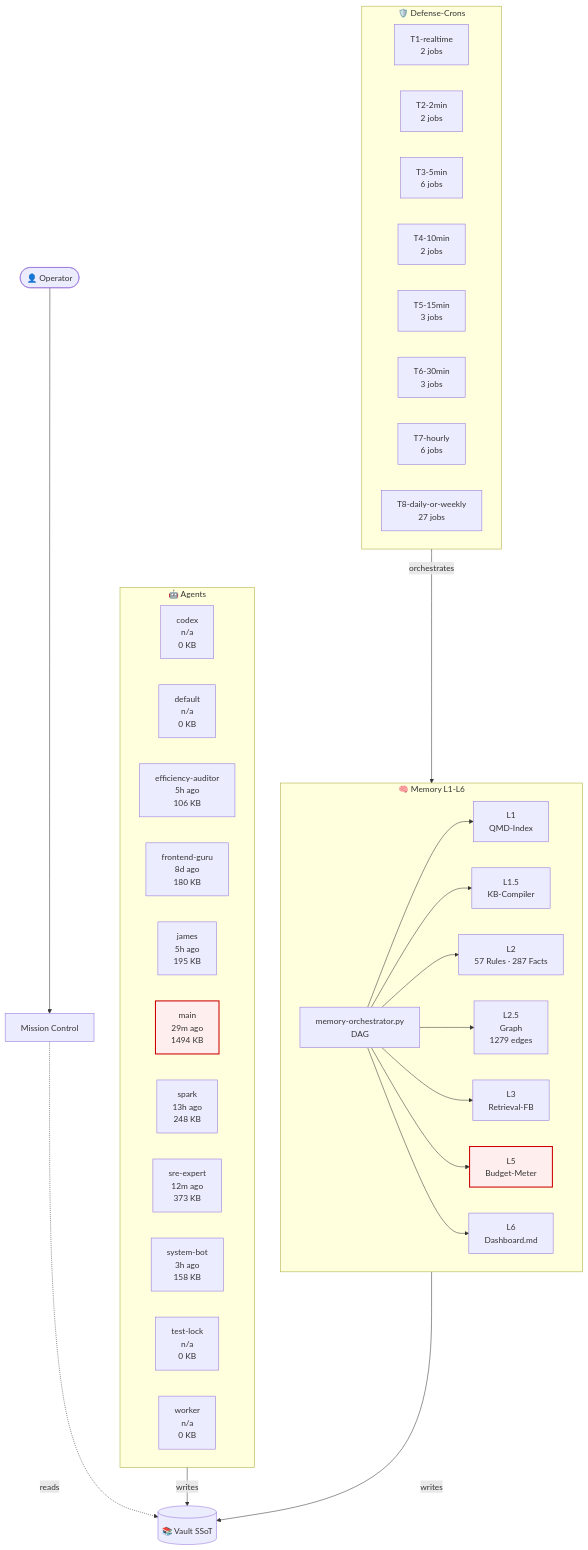
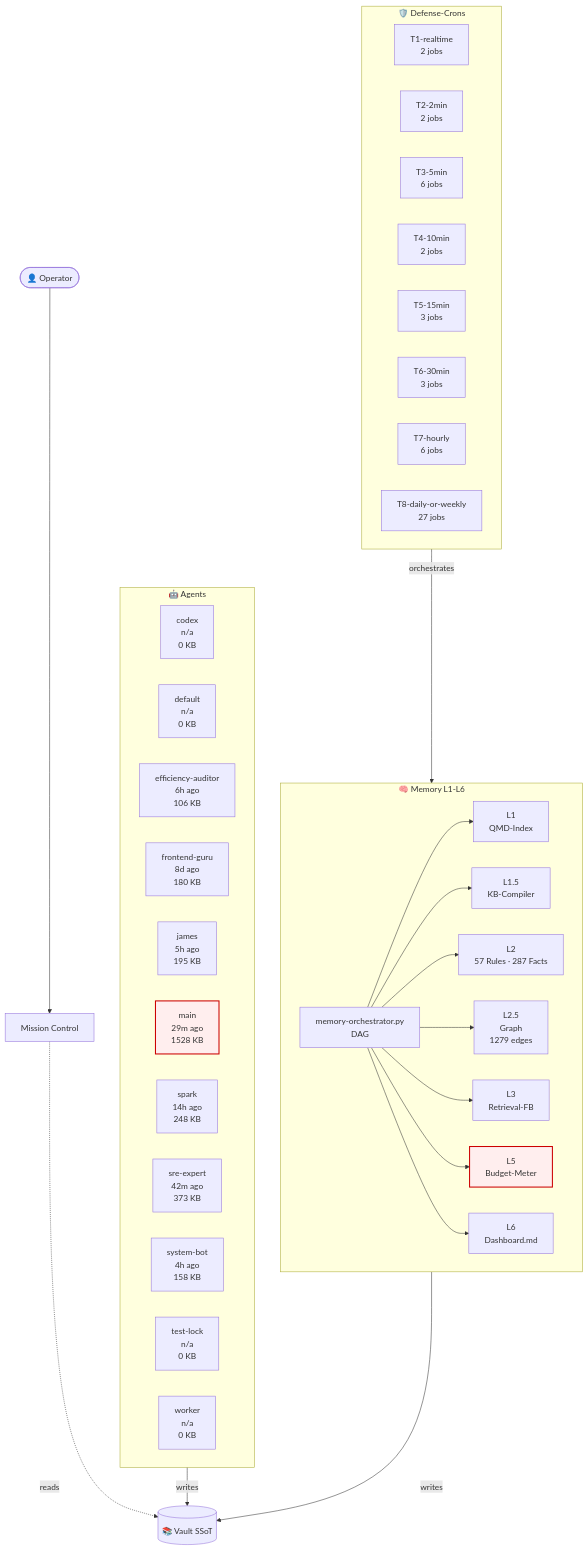
One commit to lenardhuebner88-rgb/openclaw-memory changed the diagram in 03-Agents/architecture-live.md. Above: the diagram before and after it, drawn with Mermaid. The commit also changed other lines of this file and 13 other files, not shown here.

````diff
--- a/03-Agents/architecture-live.md
+++ b/03-Agents/architecture-live.md
@@ -18,54 +18,54 @@
 ```mermaid
 flowchart TB
     classDef critical fill:#fee,stroke:#c00,stroke-width:2px;
     subgraph AGT["🤖 Agents"]
         agent_codex["codex<br/>n/a<br/>0 KB"]
         agent_default["default<br/>n/a<br/>0 KB"]
-        agent_efficiency_auditor["efficiency-auditor<br/>5h ago<br/>106 KB"]
+        agent_efficiency_auditor["efficiency-auditor<br/>6h ago<br/>106 KB"]
         agent_frontend_guru["frontend-guru<br/>8d ago<br/>180 KB"]
         agent_james["james<br/>5h ago<br/>195 KB"]
-        agent_main["main<br/>29m ago<br/>1494 KB"]
-        agent_spark["spark<br/>13h ago<br/>248 KB"]
-        agent_sre_expert["sre-expert<br/>12m ago<br/>373 KB"]
-        agent_system_bot["system-bot<br/>3h ago<br/>158 KB"]
+        agent_main["main<br/>29m ago<br/>1528 KB"]
+        agent_spark["spark<br/>14h ago<br/>248 KB"]
+        agent_sre_expert["sre-expert<br/>42m ago<br/>373 KB"]
+        agent_system_bot["system-bot<br/>4h ago<br/>158 KB"]
         agent_test_lock["test-lock<br/>n/a<br/>0 KB"]
         agent_worker["worker<br/>n/a<br/>0 KB"]
     end
     subgraph MEM["🧠 Memory L1-L6"]
         L1["L1<br/>QMD-Index"]
         L15["L1.5<br/>KB-Compiler"]
         L2["L2<br/>57 Rules · 287 Facts"]
         L25["L2.5<br/>Graph<br/>1279 edges"]
         L3["L3<br/>Retrieval-FB"]
         L5["L5<br/>Budget-Meter"]
         L6["L6<br/>Dashboard.md"]
         ORCH["memory-orchestrator.py<br/>DAG"]
     end
     subgraph CRN["🛡️ Defense-Crons"]
         tier_T1_realtime["T1-realtime<br/>2 jobs"]
         tier_T2_2min["T2-2min<br/>2 jobs"]
         tier_T3_5min["T3-5min<br/>6 jobs"]
         tier_T4_10min["T4-10min<br/>2 jobs"]
         tier_T5_15min["T5-15min<br/>3 jobs"]
         tier_T6_30min["T6-30min<br/>3 jobs"]
         tier_T7_hourly["T7-hourly<br/>6 jobs"]
         tier_T8_daily_or_weekly["T8-daily-or-weekly<br/>27 jobs"]
     end
     VAULT[("📚 Vault SSoT")]
     OP([👤 Operator])
     MC["Mission Control"]
     OP --> MC
     MC -.reads.-> VAULT
     AGT -->|writes| VAULT
     MEM -->|writes| VAULT
     ORCH --> L1
     ORCH --> L15
     ORCH --> L2
     ORCH --> L25
     ORCH --> L3
     ORCH --> L5
     ORCH --> L6
     CRN -->|orchestrates| MEM
     class L5 critical
     class agent_main critical
 ```
````
